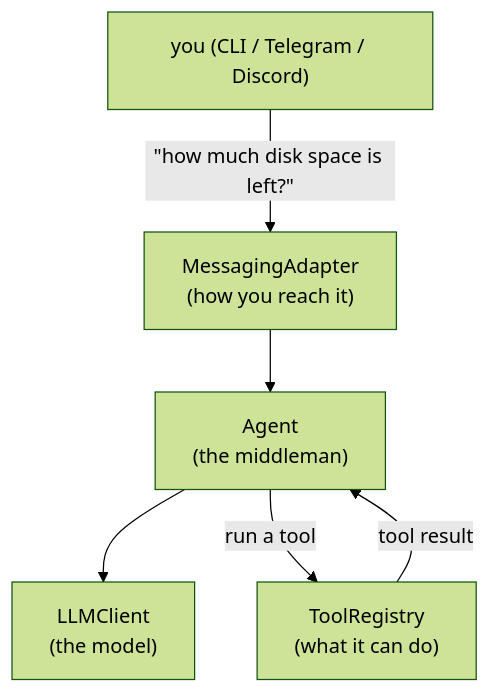
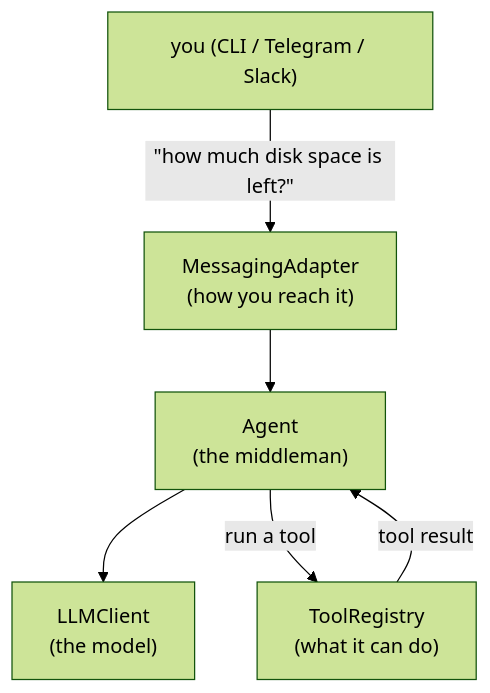
The first of 3 diagrams in content/v0.1/guides/architecture.md (lesysbot/lesysbot.github.io), drawn with Mermaid (forest theme) before and after one commit. The commit also changed other lines of this file and 25 other files, not shown here.

First line of the commit message:
Refresh docs for the marketplace refactor: Slack adapter, dashboards guide, single packages repo

````diff
--- a/content/v0.1/guides/architecture.md
+++ b/content/v0.1/guides/architecture.md
@@ -23,8 +23,8 @@
 ```mermaid
 flowchart TD
-    you["you (CLI / Telegram / Discord)"] -- "&quot;how much disk space is left?&quot;" --> adapter["MessagingAdapter<br>(how you reach it)"]
+    you["you (CLI / Telegram / Slack)"] -- "&quot;how much disk space is left?&quot;" --> adapter["MessagingAdapter<br>(how you reach it)"]
     adapter --> agent["Agent<br>(the middleman)"]
     agent --> llm["LLMClient<br>(the model)"]
     agent -- "run a tool" --> registry["ToolRegistry<br>(what it can do)"]
     registry -- "tool result" --> agent
 ```
````
